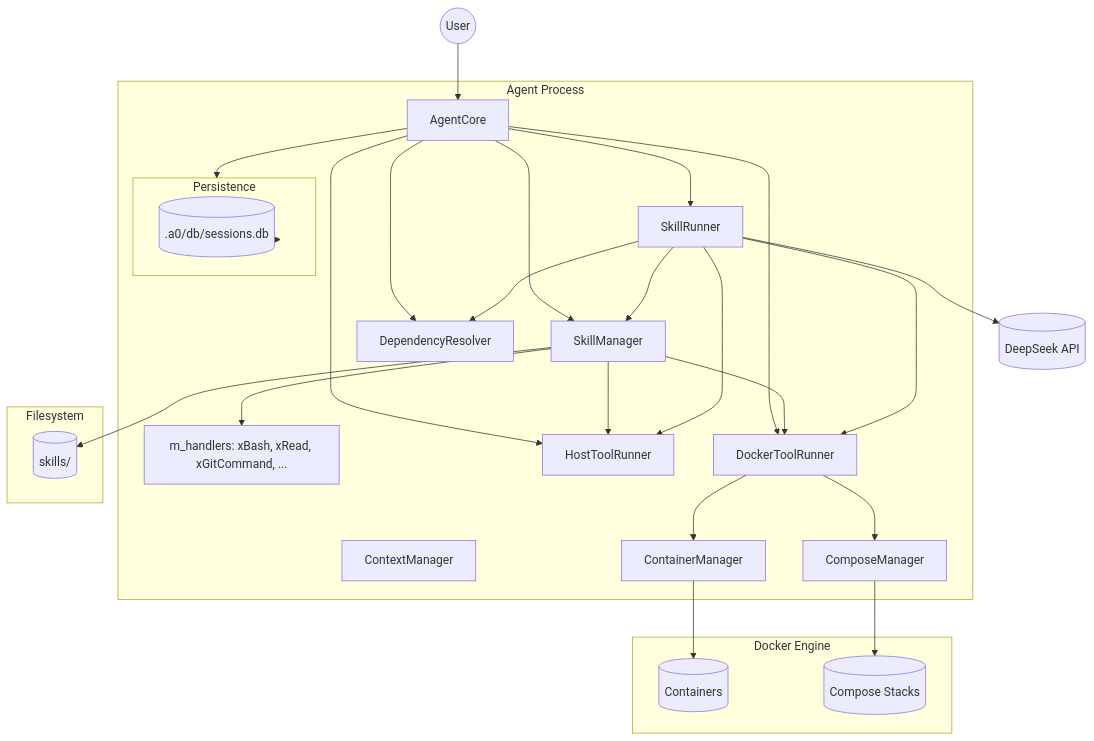
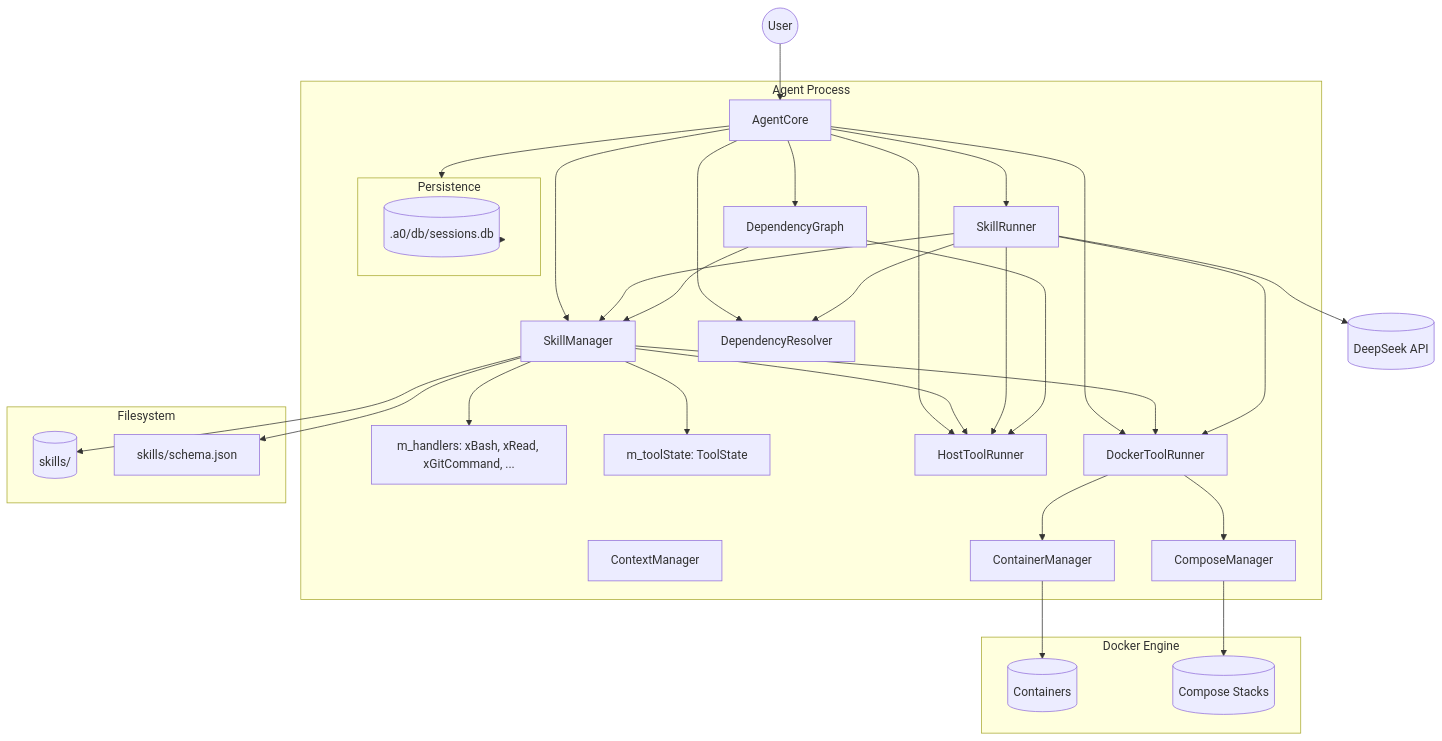
Before and after one commit to opensassi/a0: the first of 5 diagrams in technical-specification.md, drawn with Mermaid. The commit also changed other lines of this file and 99 other files, not shown here.

````diff
--- a/technical-specification.md
+++ b/technical-specification.md
@@ -242,56 +242,64 @@
 ```mermaid
 graph TB
     User((User))
     DeepSeek[("DeepSeek API")]
 
     subgraph "Agent Process"
         Core[AgentCore]
         Context[ContextManager]
         SkillMgr[SkillManager]
         SkillMgr_Handlers[m_handlers: xBash, xRead, xGitCommand, ...]
+        ToolState[m_toolState: ToolState]
+        DepGraph[DependencyGraph]
         HostRunner[HostToolRunner]
         DockerRunner[DockerToolRunner]
         SkillRunner[SkillRunner]
 
         DepResolver[DependencyResolver]
         Persistence[PersistenceStore]
         ContainerMgr[ContainerManager]
         ComposeMgr[ComposeManager]
     end
 
     subgraph "Persistence"
         DB[(.a0/db/sessions.db)]
     end
 
     subgraph "Docker Engine"
         Containers[(Containers)]
         ComposeStacks[(Compose Stacks)]
     end
 
     subgraph "Filesystem"
         SkillsDir[(skills/)]
+        SchemaJSON[skills/schema.json]
     end
 
     User --> Core
     Core --> SkillMgr
     Core --> DepResolver
     Core --> HostRunner
     Core --> DockerRunner
     Core --> SkillRunner
+    Core --> DepGraph
     SkillMgr --> SkillMgr_Handlers
     SkillMgr --> HostRunner
     SkillMgr --> DockerRunner
+    SkillMgr --> ToolState
     SkillRunner --> DepResolver
     SkillRunner --> DeepSeek
     SkillRunner --> SkillMgr
     SkillRunner --> HostRunner
     SkillRunner --> DockerRunner
     Core --> Persistence
     Persistence --> DB
     SkillMgr --> SkillsDir
+    SkillMgr --> SchemaJSON
 
     DockerRunner --> ContainerMgr
     DockerRunner --> ComposeMgr
     ContainerMgr --> Containers
     ComposeMgr --> ComposeStacks
+    DepGraph --> SkillMgr
+    DepGraph --> HostRunner
 ```
````
